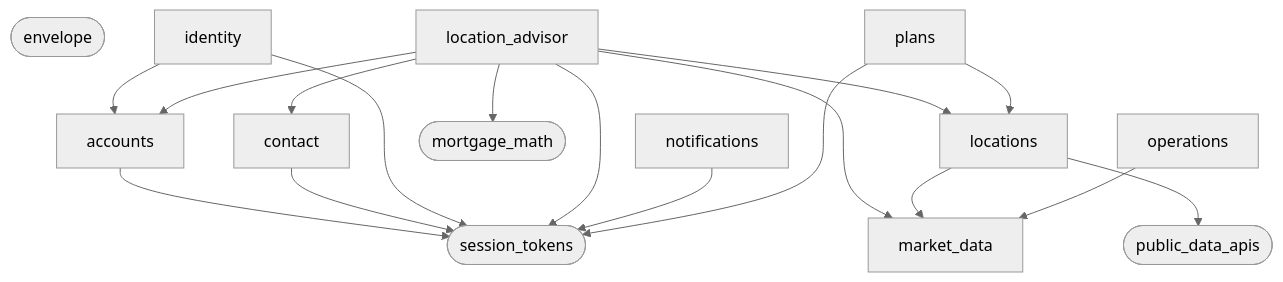
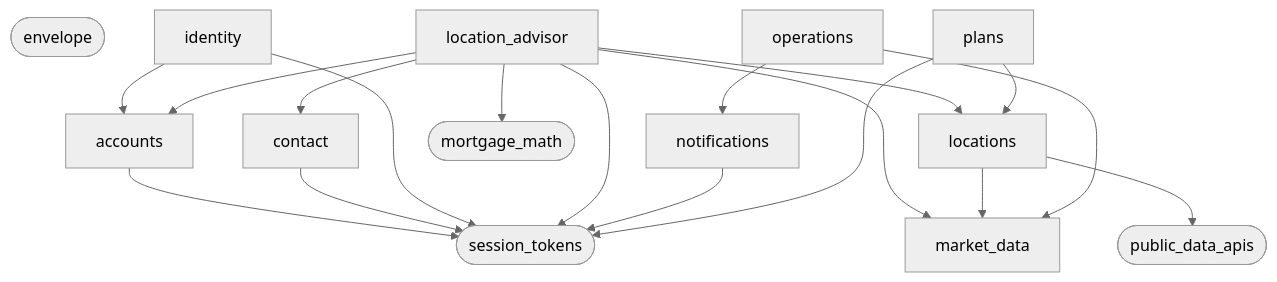
The second of 2 diagrams in README.md (Lsimelus/lyndbergh-platform), drawn with Mermaid (neutral theme) before and after one commit. The commit also changed other lines of this file, not shown here.

Commit message:
docs: deployment steps first in the roadmap

````diff
--- a/README.md
+++ b/README.md
@@ -63,32 +63,33 @@
 ```mermaid
 flowchart TD
   accounts["accounts"]
   contact["contact"]
   envelope(["envelope"])
   identity["identity"]
   location_advisor["location_advisor"]
   locations["locations"]
   market_data["market_data"]
   mortgage_math(["mortgage_math"])
   notifications["notifications"]
   operations["operations"]
   plans["plans"]
   public_data_apis(["public_data_apis"])
   session_tokens(["session_tokens"])
   accounts --> session_tokens
   contact --> session_tokens
   identity --> session_tokens
   identity --> accounts
   location_advisor --> session_tokens
   location_advisor --> locations
   location_advisor --> accounts
   location_advisor --> mortgage_math
   location_advisor --> market_data
   location_advisor --> contact
   locations --> market_data
   locations --> public_data_apis
   notifications --> session_tokens
   operations --> market_data
+  operations --> notifications
   plans --> session_tokens
   plans --> locations
 ```
````
